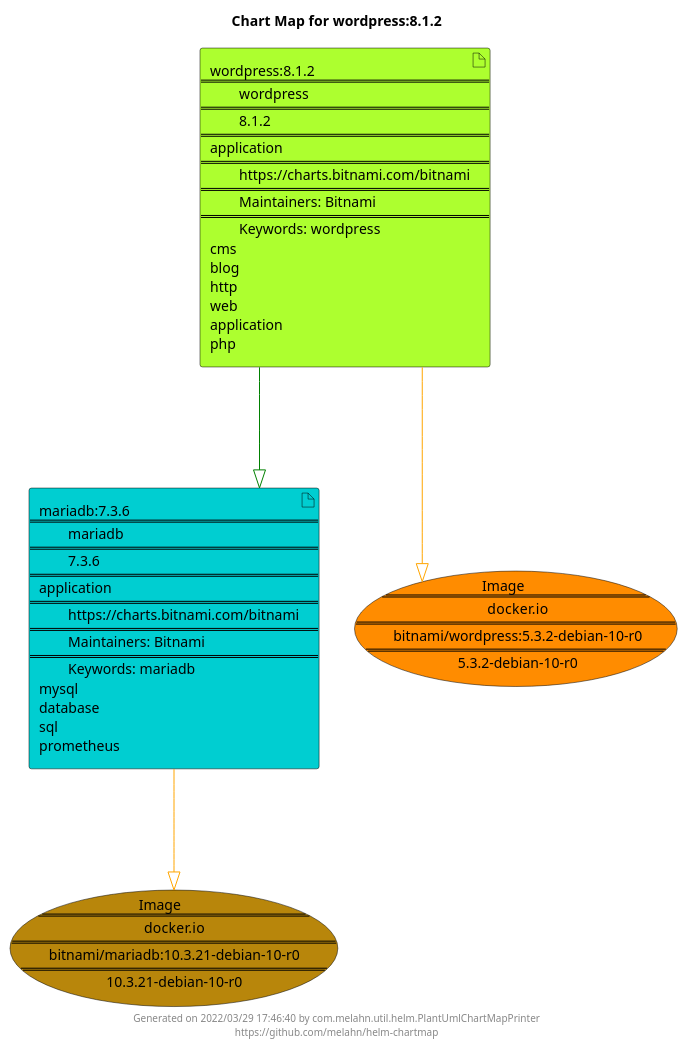
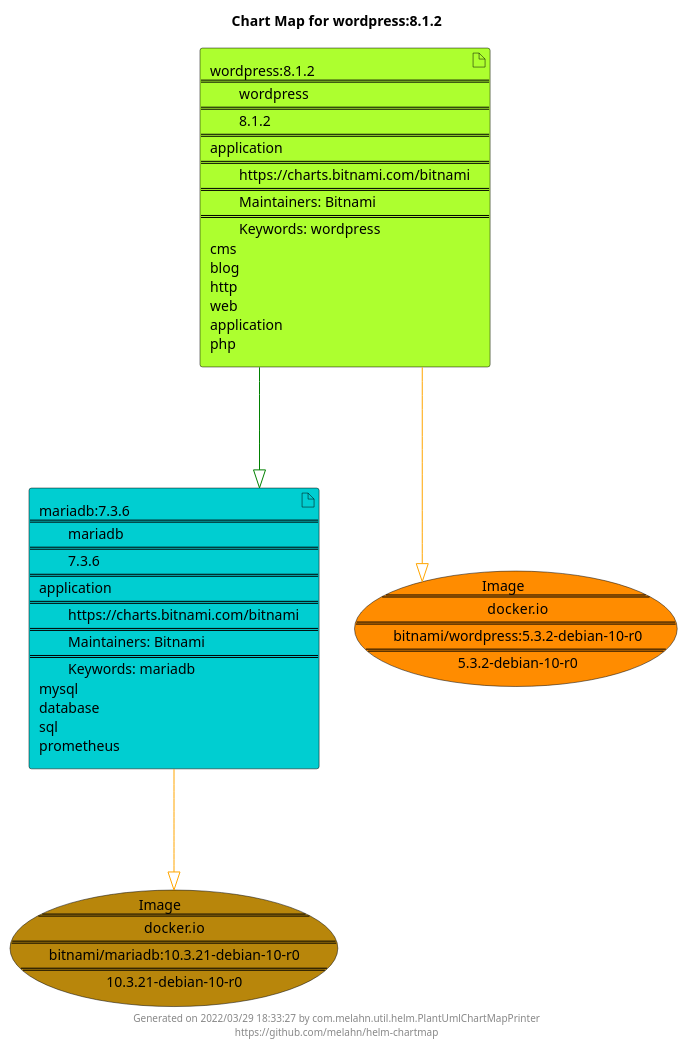
The diagram in docs/wordpress/wordpress-8.1.2.puml (melahn/helm-chartmap), drawn with PlantUML before and after one commit. The commit also changed 51 other files, not shown here.

Commit message:
Update Example Chart Maps as part of GitHub build

```diff
--- a/docs/wordpress/wordpress-8.1.2.puml
+++ b/docs/wordpress/wordpress-8.1.2.puml
@@ -1,25 +1,25 @@
 @startuml
 skinparam linetype ortho
 skinparam backgroundColor white
 skinparam usecaseBorderColor black
 skinparam usecaseArrowColor LightSlateGray
 skinparam artifactBorderColor black
 skinparam artifactArrowColor LightSlateGray
 
 title Chart Map for wordpress:8.1.2
 
 'There are 2 referenced Helm Charts
 artifact "mariadb:7.3.6\n====\n\tmariadb\n====\n\t7.3.6\n====\napplication\n====\n\thttps://charts.bitnami.com/bitnami\n====\n\tMaintainers: Bitnami\n====\n\tKeywords: mariadb\nmysql\ndatabase\nsql\nprometheus" as mariadb_7_3_6 #DarkTurquoise
 artifact "wordpress:8.1.2\n====\n\twordpress\n====\n\t8.1.2\n====\napplication\n====\n\thttps://charts.bitnami.com/bitnami\n====\n\tMaintainers: Bitnami\n====\n\tKeywords: wordpress\ncms\nblog\nhttp\nweb\napplication\nphp" as wordpress_8_1_2 #GreenYellow
 
 'There are 2 referenced Docker Images
 usecase "Image\n====\n\tdocker.io\n====\n\tbitnami/mariadb:10.3.21-debian-10-r0\n====\n\t10.3.21-debian-10-r0" as docker_io_bitnami_mariadb_10_3_21_debian_10_r0 #DarkGoldenRod
 usecase "Image\n====\n\tdocker.io\n====\n\tbitnami/wordpress:5.3.2-debian-10-r0\n====\n\t5.3.2-debian-10-r0" as docker_io_bitnami_wordpress_5_3_2_debian_10_r0 #Darkorange
 
 'Chart Dependencies
 wordpress_8_1_2--[#green]-|>mariadb_7_3_6
 mariadb_7_3_6--[#orange]-|>docker_io_bitnami_mariadb_10_3_21_debian_10_r0
 wordpress_8_1_2--[#orange]-|>docker_io_bitnami_wordpress_5_3_2_debian_10_r0
 
-center footer Generated on 2022/03/29 17:46:40 by com.melahn.util.helm.PlantUmlChartMapPrinter\nhttps://github.com/melahn/helm-chartmap
+center footer Generated on 2022/03/29 18:33:27 by com.melahn.util.helm.PlantUmlChartMapPrinter\nhttps://github.com/melahn/helm-chartmap
 @enduml
```
